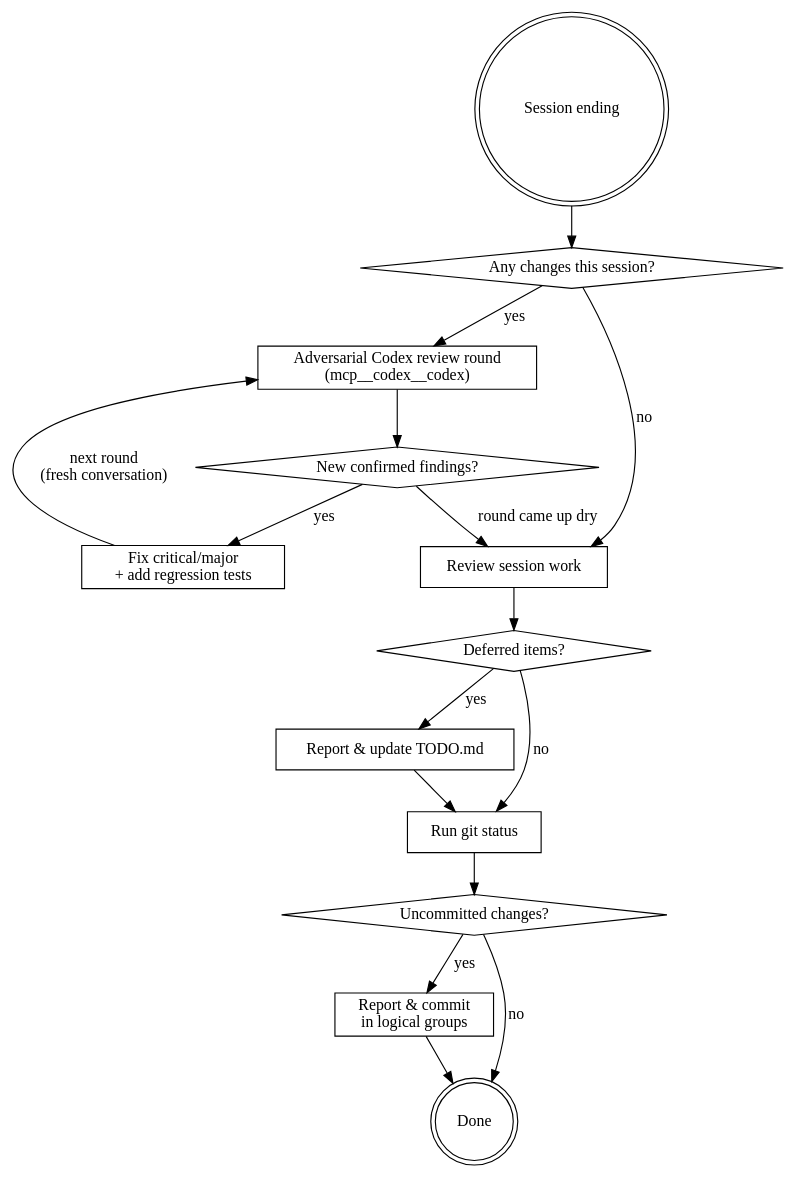
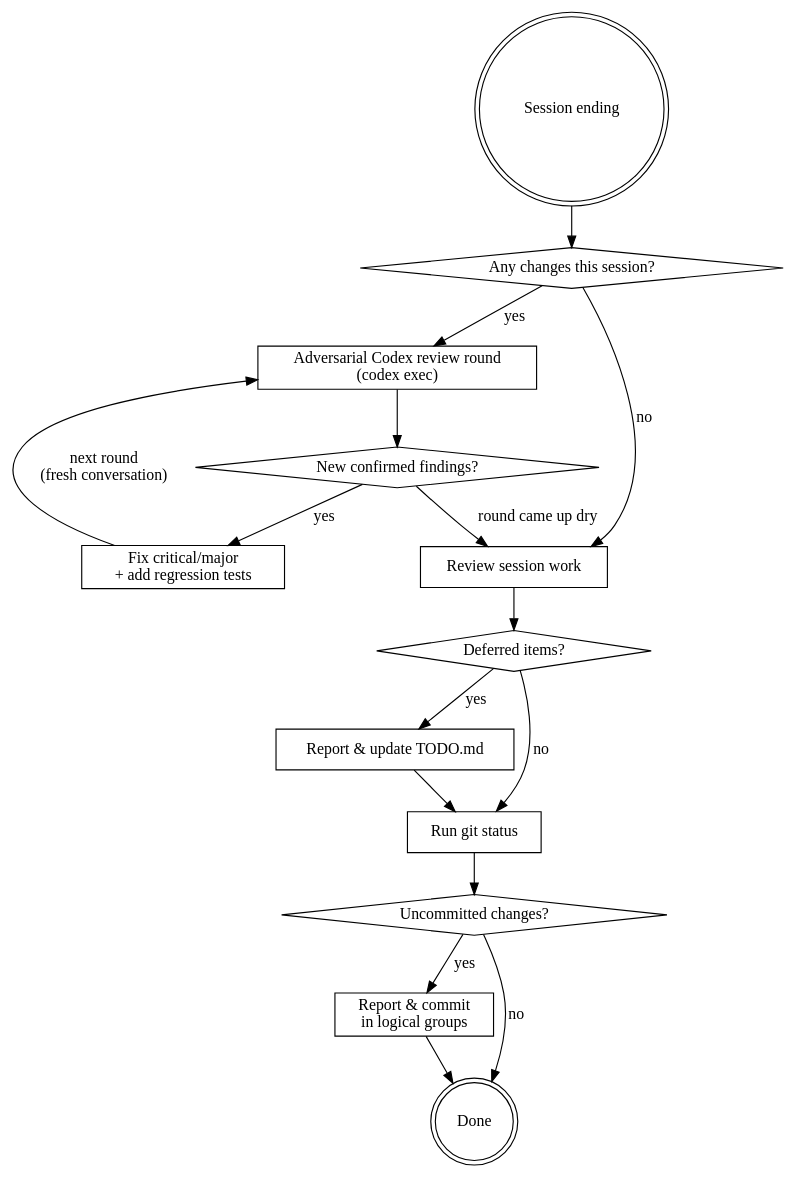
The diagram in .claude/skills/wrap-up/SKILL.md (k-ymmt/yosh), drawn with Graphviz before and after one commit. The commit also changed other lines of this file, not shown here.

First line of the commit message:
docs(skills): drive Codex wrap-up review via codex exec instead of the removed MCP server

````diff
--- a/.claude/skills/wrap-up/SKILL.md
+++ b/.claude/skills/wrap-up/SKILL.md
@@ -14,32 +14,32 @@
 ```dot
 digraph wrap_up {
     "Session ending" [shape=doublecircle];
     "Any changes this session?" [shape=diamond];
-    "Adversarial Codex review round\n(mcp__codex__codex)" [shape=box];
+    "Adversarial Codex review round\n(codex exec)" [shape=box];
     "New confirmed findings?" [shape=diamond];
     "Fix critical/major\n+ add regression tests" [shape=box];
     "Review session work" [shape=box];
     "Deferred items?" [shape=diamond];
     "Report & update TODO.md" [shape=box];
     "Run git status" [shape=box];
     "Uncommitted changes?" [shape=diamond];
     "Report & commit\nin logical groups" [shape=box];
     "Done" [shape=doublecircle];
 
     "Session ending" -> "Any changes this session?";
-    "Any changes this session?" -> "Adversarial Codex review round\n(mcp__codex__codex)" [label="yes"];
+    "Any changes this session?" -> "Adversarial Codex review round\n(codex exec)" [label="yes"];
     "Any changes this session?" -> "Review session work" [label="no"];
-    "Adversarial Codex review round\n(mcp__codex__codex)" -> "New confirmed findings?";
+    "Adversarial Codex review round\n(codex exec)" -> "New confirmed findings?";
     "New confirmed findings?" -> "Fix critical/major\n+ add regression tests" [label="yes"];
-    "Fix critical/major\n+ add regression tests" -> "Adversarial Codex review round\n(mcp__codex__codex)" [label="next round\n(fresh conversation)"];
+    "Fix critical/major\n+ add regression tests" -> "Adversarial Codex review round\n(codex exec)" [label="next round\n(fresh conversation)"];
     "New confirmed findings?" -> "Review session work" [label="round came up dry"];
     "Review session work" -> "Deferred items?";
     "Deferred items?" -> "Report & update TODO.md" [label="yes"];
     "Deferred items?" -> "Run git status" [label="no"];
     "Report & update TODO.md" -> "Run git status";
     "Run git status" -> "Uncommitted changes?";
     "Uncommitted changes?" -> "Report & commit\nin logical groups" [label="yes"];
     "Uncommitted changes?" -> "Done" [label="no"];
     "Report & commit\nin logical groups" -> "Done";
 }
 ```
````
